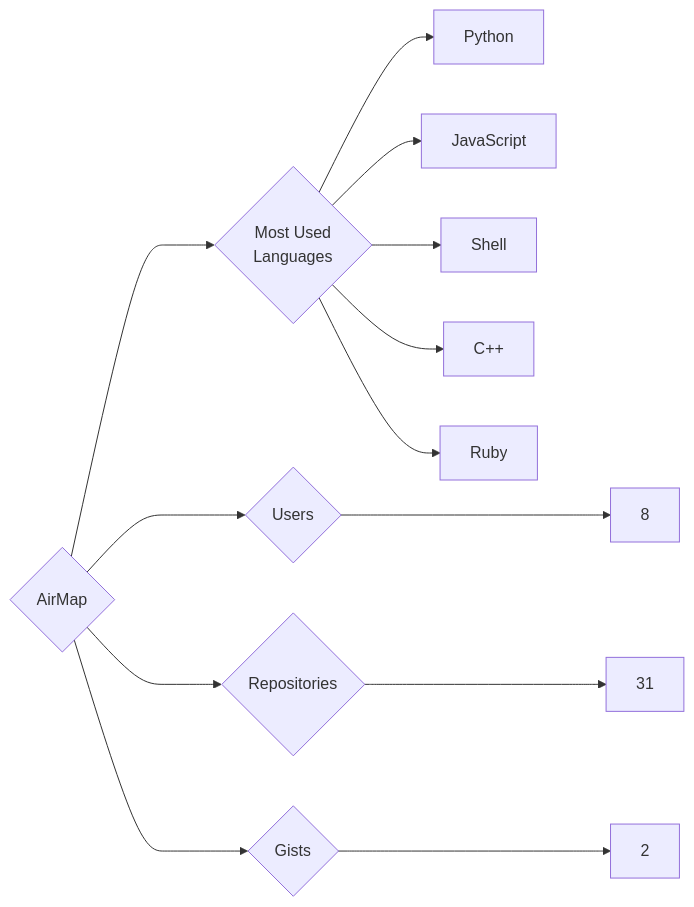
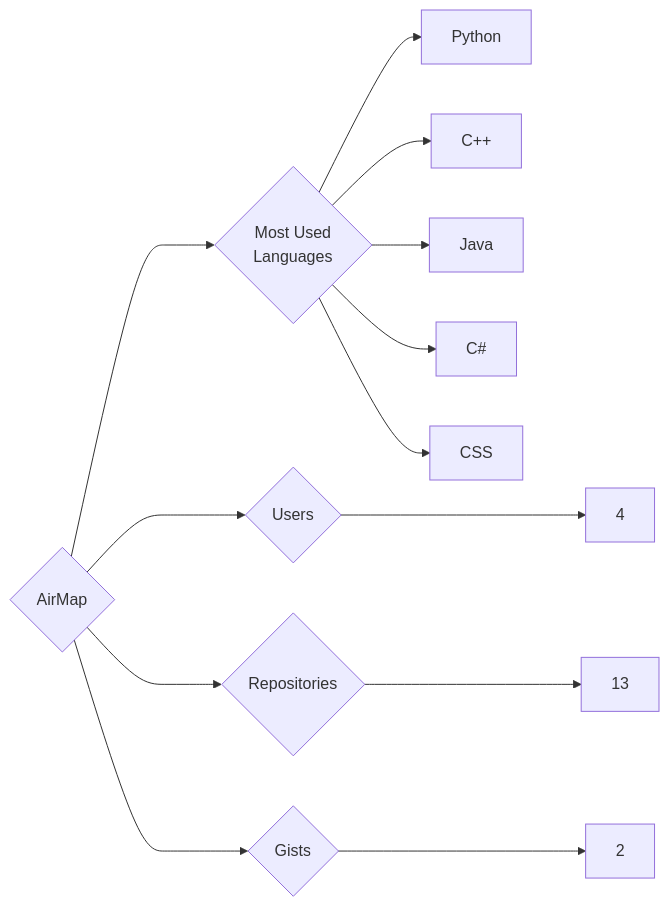
The diagram in targets/AirMap/README.md (trickest/insiders), drawn with Mermaid before and after one commit. The commit also changed 1238 other files, not shown here.

````diff
--- a/targets/AirMap/README.md
+++ b/targets/AirMap/README.md
@@ -3,13 +3,13 @@
 ```mermaid
 graph LR
 COMPANY_NAME{AirMap}
-COMPANY_NAME ---> U{Users} ---> UN[8]
-COMPANY_NAME ---> R{Repositories} ---> RN[31]
+COMPANY_NAME ---> U{Users} ---> UN[4]
+COMPANY_NAME ---> R{Repositories} ---> RN[13]
 COMPANY_NAME ---> G{Gists} ---> GN[2]
 COMPANY_NAME ---> ML{Most Used<br>Languages}
 ML --> Python[Python]
-ML --> JavaScript[JavaScript]
-ML --> Shell[Shell]
 ML --> C++[C++]
-ML --> Ruby[Ruby]
+ML --> Java[Java]
+ML --> C#[C#]
+ML --> CSS[CSS]
 ```
````
